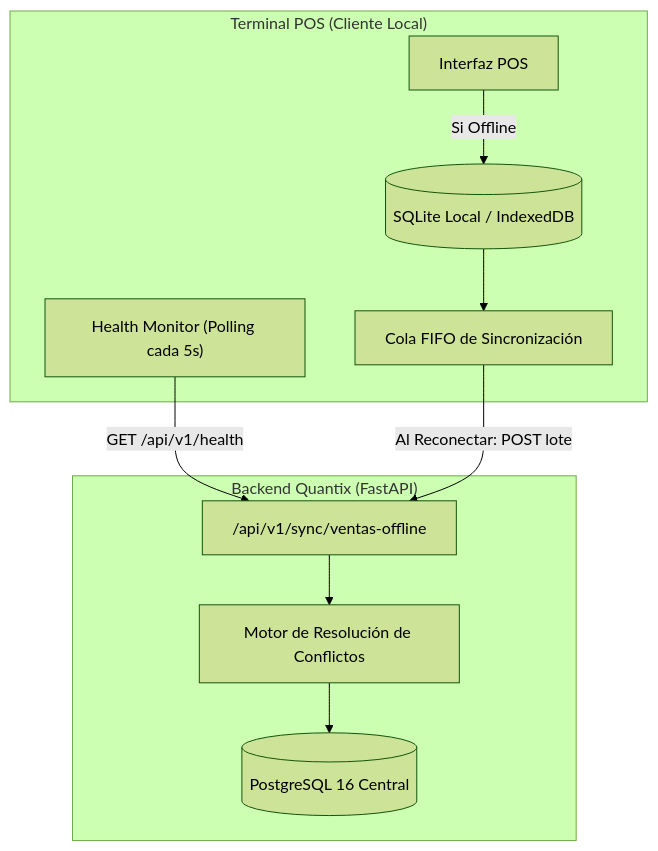
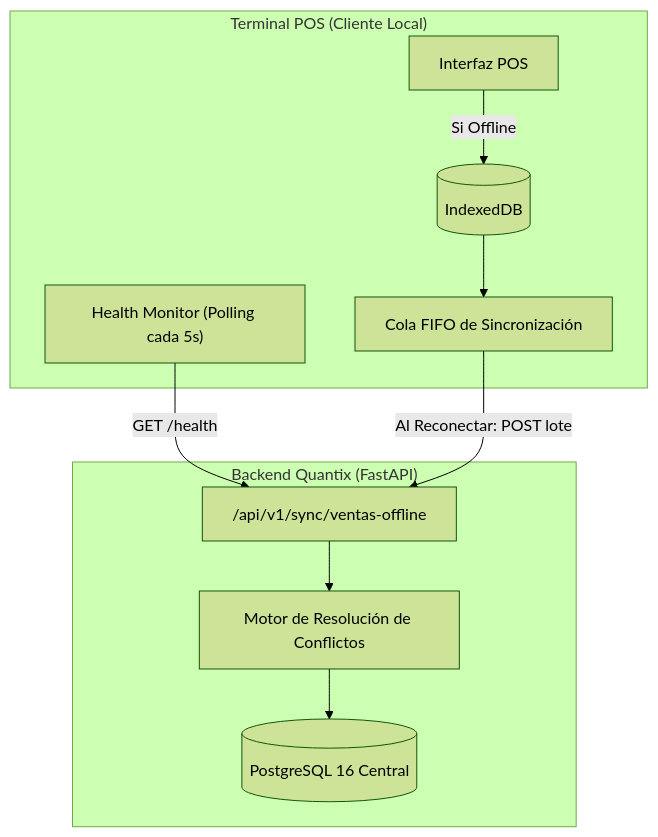
The diagram in specs/008-offline-sync/plan.md (khrizzcoronel/Quantix), drawn with Mermaid (forest theme) before and after one commit. The commit also changed other lines of this file and 98 other files, not shown here.

````diff
--- a/specs/008-offline-sync/plan.md
+++ b/specs/008-offline-sync/plan.md
@@ -9,22 +12,22 @@
 ```mermaid
 flowchart TD
     subgraph Terminal_POS ["Terminal POS (Cliente Local)"]
         UI["Interfaz POS"]
         Heartbeat["Health Monitor (Polling cada 5s)"]
-        SQLiteLocal[("SQLite Local / IndexedDB")]
+        SQLiteLocal[("IndexedDB")]
         SyncQueue["Cola FIFO de Sincronización"]
     end
 
     subgraph Backend_Central ["Backend Quantix (FastAPI)"]
         SyncRouter["/api/v1/sync/ventas-offline"]
         ConflictEngine["Motor de Resolución de Conflictos"]
         PostgresCentral[("PostgreSQL 16 Central")]
     end
 
-    Heartbeat -->|GET /api/v1/health| SyncRouter
+    Heartbeat -->|GET /health| SyncRouter
     UI -->|Si Offline| SQLiteLocal
     SQLiteLocal --> SyncQueue
     SyncQueue -->|Al Reconectar: POST lote| SyncRouter
     SyncRouter --> ConflictEngine
     ConflictEngine --> PostgresCentral
 ```
````
